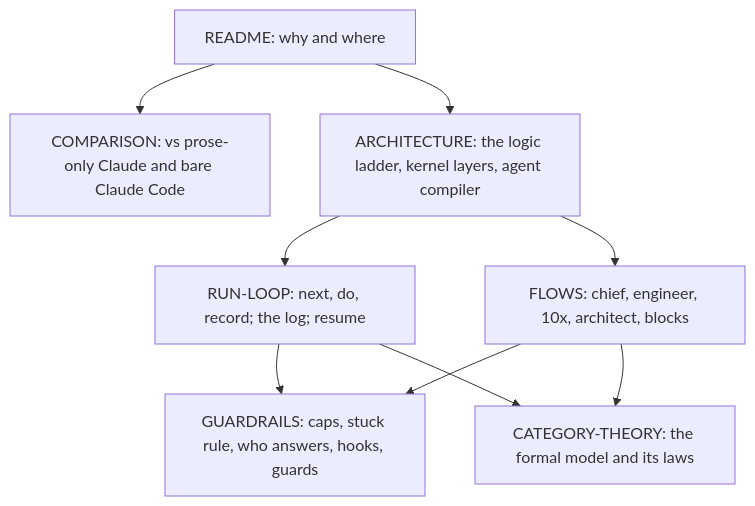
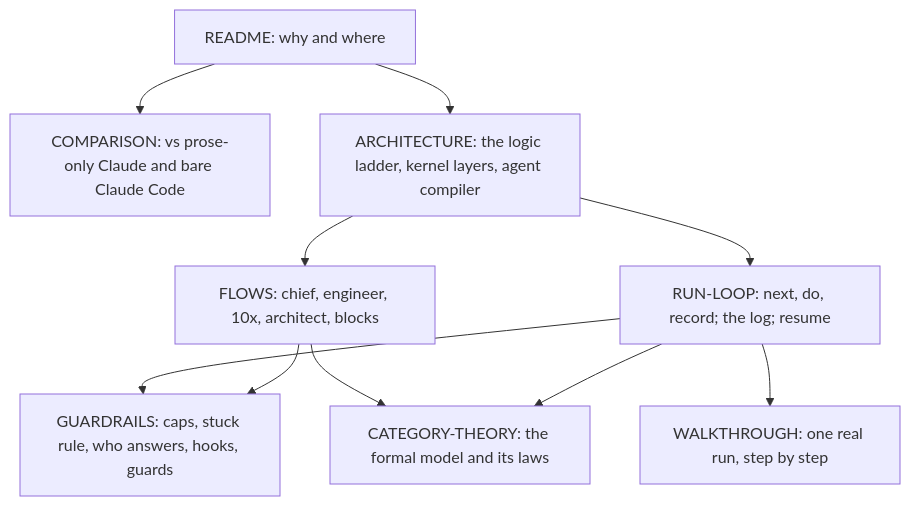
The second of 2 diagrams in docs/harness/README.md (ILIYANGERMANOV/nixos), drawn with Mermaid before and after one commit. The commit also changed other lines of this file and 1 other file, not shown here.

Commit message:
[docs] docs/harness/WALKTHROUGH.md: one real /chief run, step by step
Annotates run bb43f184 (the run that built this epic) up to the
walkthrough task's spawn: one sequence diagram, eleven short steps with
the rebuilt state next line, verbatim trimmed events and a link to the
explaining doc, then the friction the run recorded (gaps 137/#511, 153,
159, the forwarded Confirm, the refused hand-backs, the phone bug).
Linked from the README map and table.

Part of #500

````diff
--- a/docs/harness/README.md
+++ b/docs/harness/README.md
@@ -44,18 +44,20 @@
 ```mermaid
 flowchart TD
   readme["README: why and where"]
   comparison["COMPARISON: vs prose-only Claude and bare Claude Code"]
   architecture["ARCHITECTURE: the logic ladder, kernel layers, agent compiler"]
   runloop["RUN-LOOP: next, do, record; the log; resume"]
   flows["FLOWS: chief, engineer, 10x, architect, blocks"]
   guardrails["GUARDRAILS: caps, stuck rule, who answers, hooks, guards"]
   theory["CATEGORY-THEORY: the formal model and its laws"]
+  walkthrough["WALKTHROUGH: one real run, step by step"]
   readme --> comparison
   readme --> architecture
   architecture --> runloop
   architecture --> flows
   runloop --> guardrails
   flows --> guardrails
   flows --> theory
   runloop --> theory
+  runloop --> walkthrough
 ```
````
